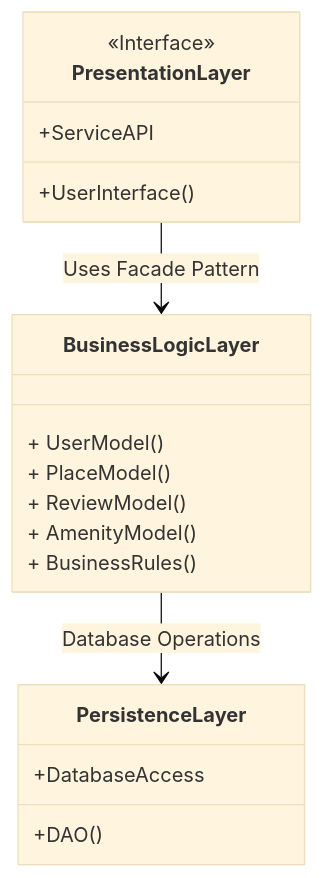
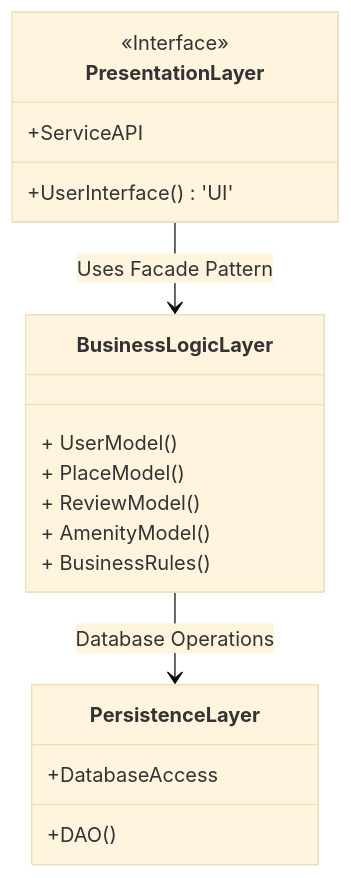
The first of 6 diagrams in Task_03/Task_03.md (my-holber/holbertonschool-hbnb), drawn with Mermaid (base theme) before and after one commit.

````diff
--- a/Task_03/Task_03.md
+++ b/Task_03/Task_03.md
@@ -7,21 +7,21 @@
 ```mermaid
 classDiagram
 class PresentationLayer {
     <<Interface>>
     +ServiceAPI
-    +UserInterface()
+    +UserInterface() 'UI'
 }
 class BusinessLogicLayer {
     + UserModel()
     + PlaceModel()
     + ReviewModel()
     + AmenityModel()
     + BusinessRules()
 }
 class PersistenceLayer {
     +DatabaseAccess
     +DAO()
 }
 PresentationLayer --> BusinessLogicLayer : Uses Facade Pattern
 BusinessLogicLayer --> PersistenceLayer : Database Operations
 ```
````
